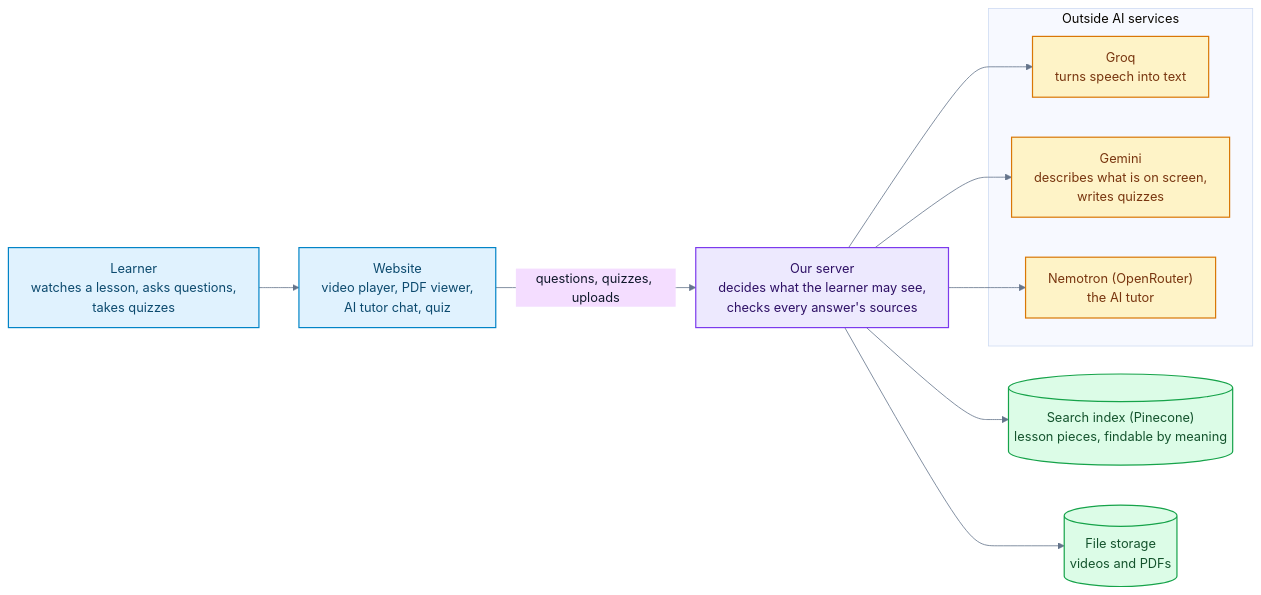
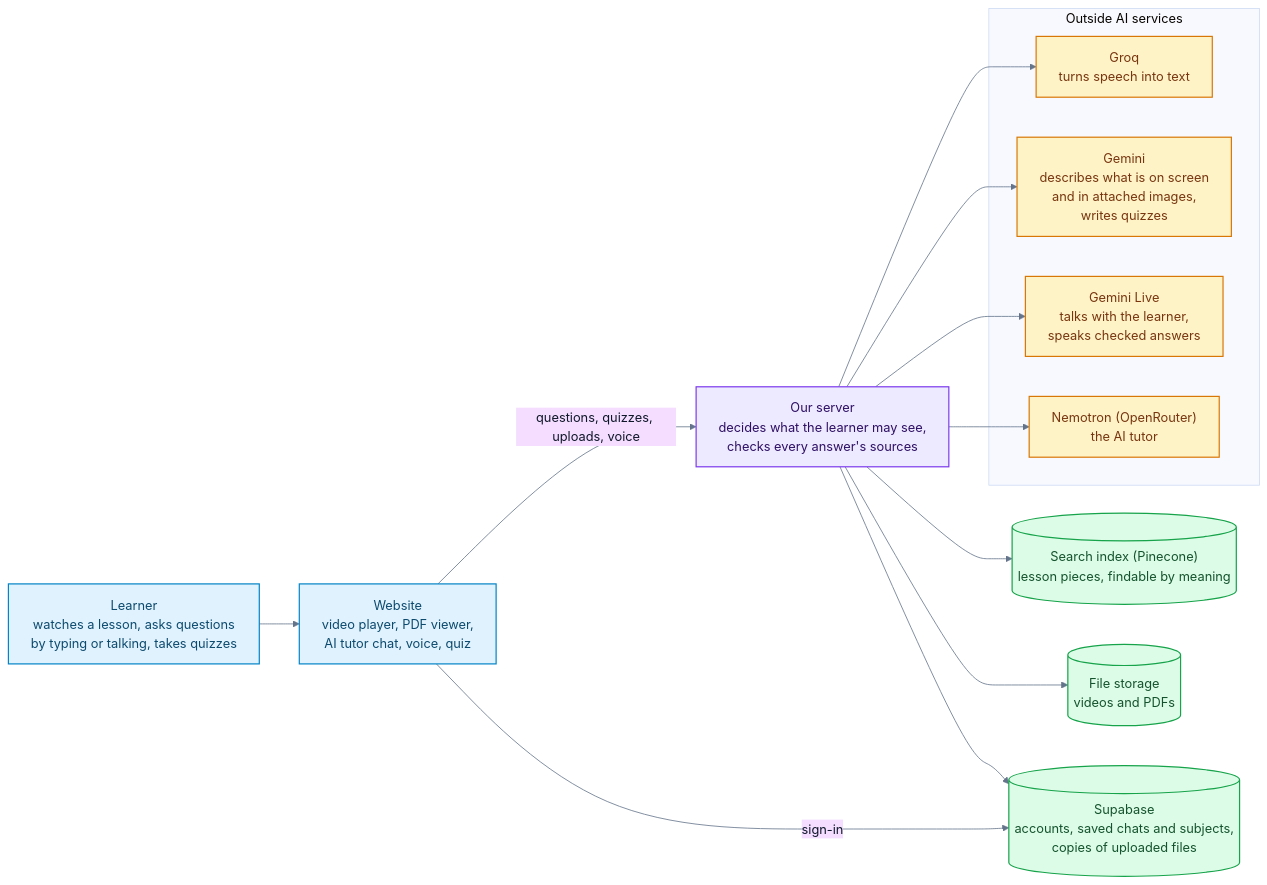
The first of 12 diagrams in submission/ARCHITECTURE.md (Nanu69-batman/ailearn), drawn with Mermaid before and after one commit. The commit also changed other lines of this file and 10 other files, not shown here.

First line of the commit message:
docs(submission): accounts and Supabase storage, voice, chat images, auto titles, current test results

````diff
--- a/submission/ARCHITECTURE.md
+++ b/submission/ARCHITECTURE.md
@@ -44,29 +46,34 @@
 ```mermaid
 %%{init: {"theme": "base", "fontFamily": "Arial, Helvetica, sans-serif", "themeVariables": {"fontSize": "16px", "fontFamily": "Arial, Helvetica, sans-serif", "lineColor": "#64748b", "primaryTextColor": "#0f172a"}, "flowchart": {"curve": "basis", "padding": 14, "wrappingWidth": 340}}}%%
 flowchart LR
-  U["Learner<br/>watches a lesson, asks questions,<br/>takes quizzes"]:::person
-  W["Website<br/>video player, PDF viewer,<br/>AI tutor chat, quiz"]:::person
+  U["Learner<br/>watches a lesson, asks questions<br/>by typing or talking, takes quizzes"]:::person
+  W["Website<br/>video player, PDF viewer,<br/>AI tutor chat, voice, quiz"]:::person
   A["Our server<br/>decides what the learner may see,<br/>checks every answer's sources"]:::server
   subgraph AI["Outside AI services"]
     Q["Groq<br/>turns speech into text"]:::ai
-    G["Gemini<br/>describes what is on screen,<br/>writes quizzes"]:::ai
+    G["Gemini<br/>describes what is on screen<br/>and in attached images,<br/>writes quizzes"]:::ai
+    GL["Gemini Live<br/>talks with the learner,<br/>speaks checked answers"]:::ai
     O["Nemotron (OpenRouter)<br/>the AI tutor"]:::ai
   end
   P[("Search index (Pinecone)<br/>lesson pieces, findable by meaning")]:::store
   F[("File storage<br/>videos and PDFs")]:::store
+  SB[("Supabase<br/>accounts, saved chats and subjects,<br/>copies of uploaded files")]:::store
   U --> W
-  W -->|"questions, quizzes, uploads"| A
+  W -->|"questions, quizzes, uploads, voice"| A
+  W -->|"sign-in"| SB
   A --> Q
   A --> G
+  A --> GL
   A --> O
   A --> P
   A --> F
+  A --> SB
 
   classDef person fill:#e0f2fe,stroke:#0284c7,color:#0c4a6e,stroke-width:1.5px
   classDef server fill:#ede9fe,stroke:#7c3aed,color:#2e1065,stroke-width:1.5px
   classDef ai fill:#fef3c7,stroke:#d97706,color:#78350f,stroke-width:1.5px
   classDef store fill:#dcfce7,stroke:#16a34a,color:#14532d,stroke-width:1.5px
   classDef check fill:#ffffff,stroke:#dc2626,color:#7f1d1d,stroke-width:2px
   classDef good fill:#d1fae5,stroke:#059669,color:#064e3b,stroke-width:2px
   classDef stop fill:#fee2e2,stroke:#dc2626,color:#7f1d1d,stroke-width:1.5px
 ```
````
